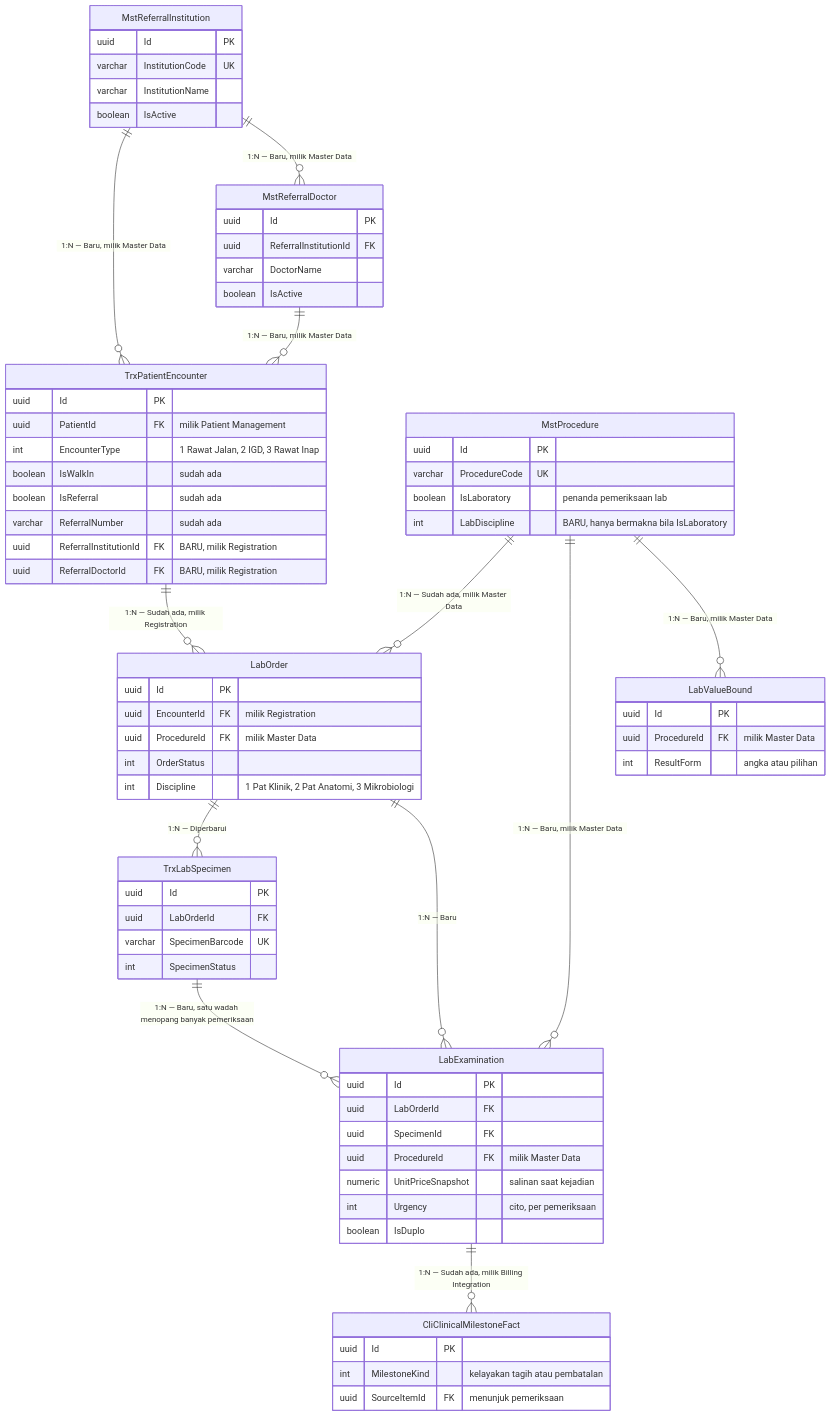
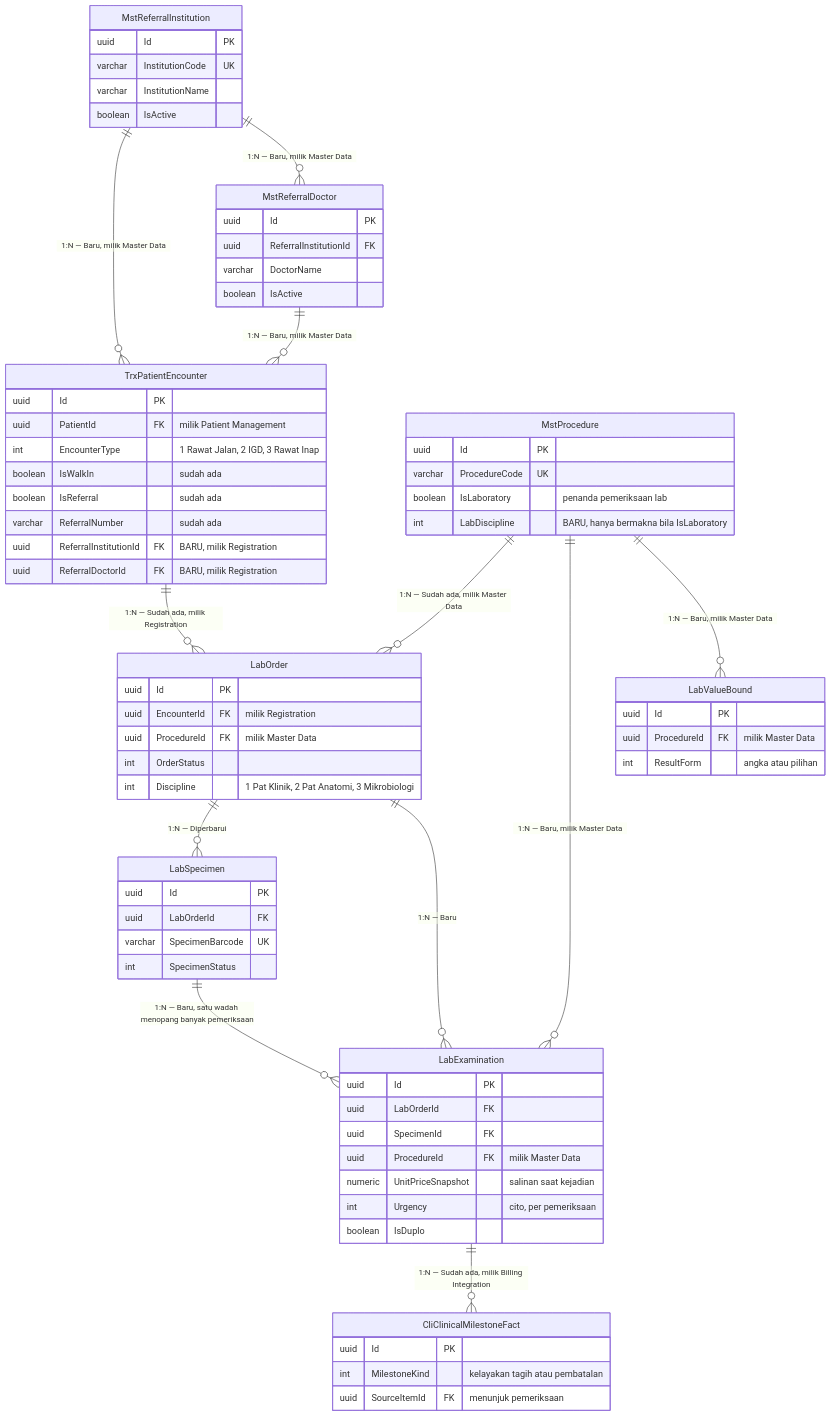
Before and after one commit to DevBenari/NewQuilvianSystemBackend: the diagram in docs/module-blueprints/laboratorium/erd/00-context-erd.md, drawn with Mermaid. The commit also changed other lines of this file and 61 other files, not shown here.

````diff
--- a/docs/module-blueprints/laboratorium/erd/00-context-erd.md
+++ b/docs/module-blueprints/laboratorium/erd/00-context-erd.md
@@ -18,75 +18,75 @@
 ```mermaid
 erDiagram
     TrxPatientEncounter {
         uuid Id PK
         uuid PatientId FK "milik Patient Management"
         int EncounterType "1 Rawat Jalan, 2 IGD, 3 Rawat Inap"
         boolean IsWalkIn "sudah ada"
         boolean IsReferral "sudah ada"
         varchar ReferralNumber "sudah ada"
         uuid ReferralInstitutionId FK "BARU, milik Registration"
         uuid ReferralDoctorId FK "BARU, milik Registration"
     }
     MstProcedure {
         uuid Id PK
         varchar ProcedureCode UK
         boolean IsLaboratory "penanda pemeriksaan lab"
         int LabDiscipline "BARU, hanya bermakna bila IsLaboratory"
     }
     MstReferralInstitution {
         uuid Id PK
         varchar InstitutionCode UK
         varchar InstitutionName
         boolean IsActive
     }
     MstReferralDoctor {
         uuid Id PK
         uuid ReferralInstitutionId FK
         varchar DoctorName
         boolean IsActive
     }
     LabOrder {
         uuid Id PK
         uuid EncounterId FK "milik Registration"
         uuid ProcedureId FK "milik Master Data"
         int OrderStatus
         int Discipline "1 Pat Klinik, 2 Pat Anatomi, 3 Mikrobiologi"
     }
-    TrxLabSpecimen {
+    LabSpecimen {
         uuid Id PK
         uuid LabOrderId FK
         varchar SpecimenBarcode UK
         int SpecimenStatus
     }
     LabExamination {
         uuid Id PK
         uuid LabOrderId FK
         uuid SpecimenId FK
         uuid ProcedureId FK "milik Master Data"
         numeric UnitPriceSnapshot "salinan saat kejadian"
         int Urgency "cito, per pemeriksaan"
         boolean IsDuplo
     }
     LabValueBound {
         uuid Id PK
         uuid ProcedureId FK "milik Master Data"
         int ResultForm "angka atau pilihan"
     }
     CliClinicalMilestoneFact {
         uuid Id PK
         int MilestoneKind "kelayakan tagih atau pembatalan"
         uuid SourceItemId FK "menunjuk pemeriksaan"
     }
 
     TrxPatientEncounter ||--o{ LabOrder : "1:N — Sudah ada, milik Registration"
     MstReferralInstitution ||--o{ TrxPatientEncounter : "1:N — Baru, milik Master Data"
     MstReferralInstitution ||--o{ MstReferralDoctor : "1:N — Baru, milik Master Data"
     MstReferralDoctor ||--o{ TrxPatientEncounter : "1:N — Baru, milik Master Data"
     MstProcedure ||--o{ LabOrder : "1:N — Sudah ada, milik Master Data"
     MstProcedure ||--o{ LabExamination : "1:N — Baru, milik Master Data"
     MstProcedure ||--o{ LabValueBound : "1:N — Baru, milik Master Data"
-    LabOrder ||--o{ TrxLabSpecimen : "1:N — Diperbarui"
+    LabOrder ||--o{ LabSpecimen : "1:N — Diperbarui"
     LabOrder ||--o{ LabExamination : "1:N — Baru"
-    TrxLabSpecimen ||--o{ LabExamination : "1:N — Baru, satu wadah menopang banyak pemeriksaan"
+    LabSpecimen ||--o{ LabExamination : "1:N — Baru, satu wadah menopang banyak pemeriksaan"
     LabExamination ||--o{ CliClinicalMilestoneFact : "1:N — Sudah ada, milik Billing Integration"
 ```
````
